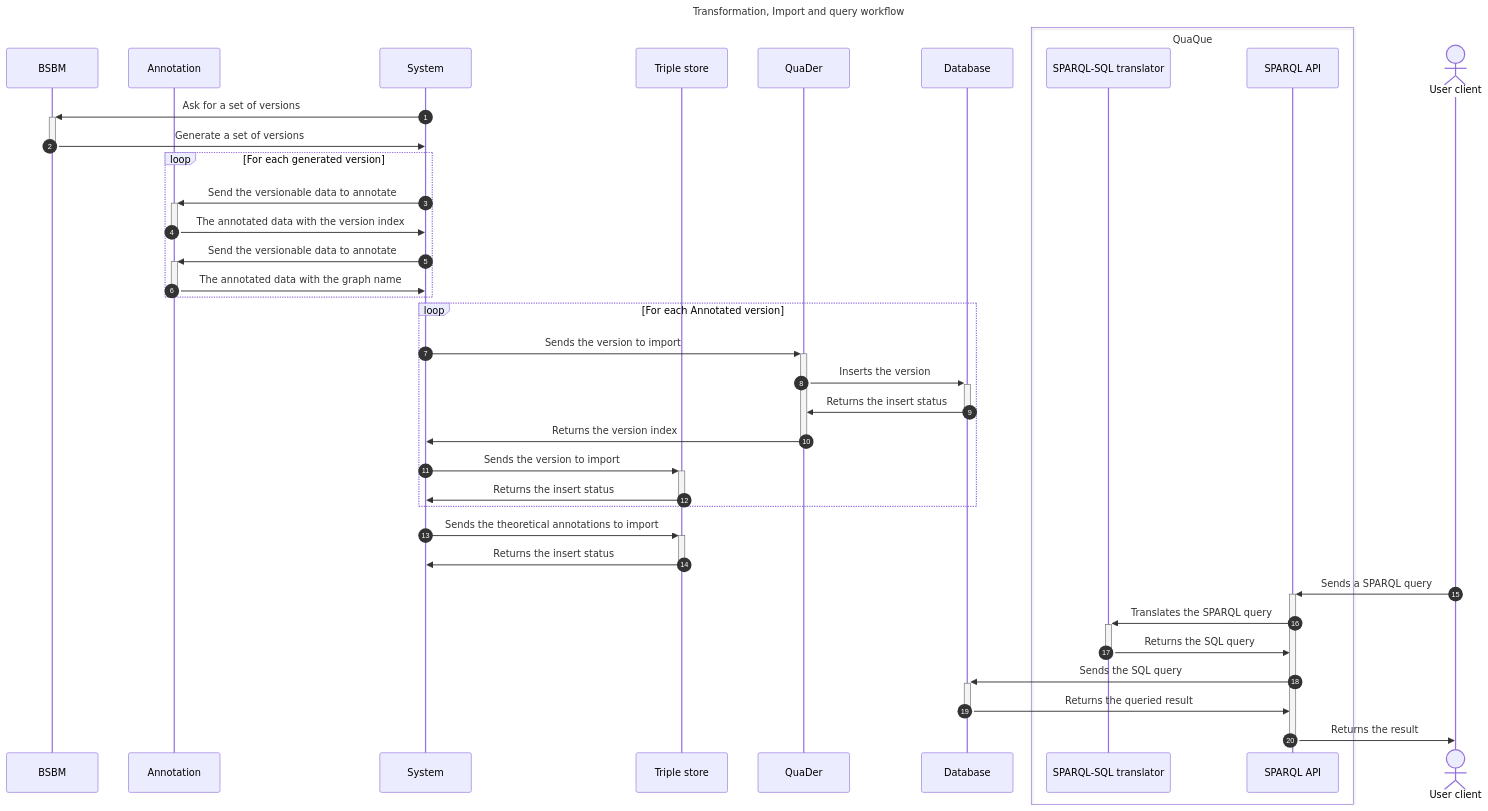
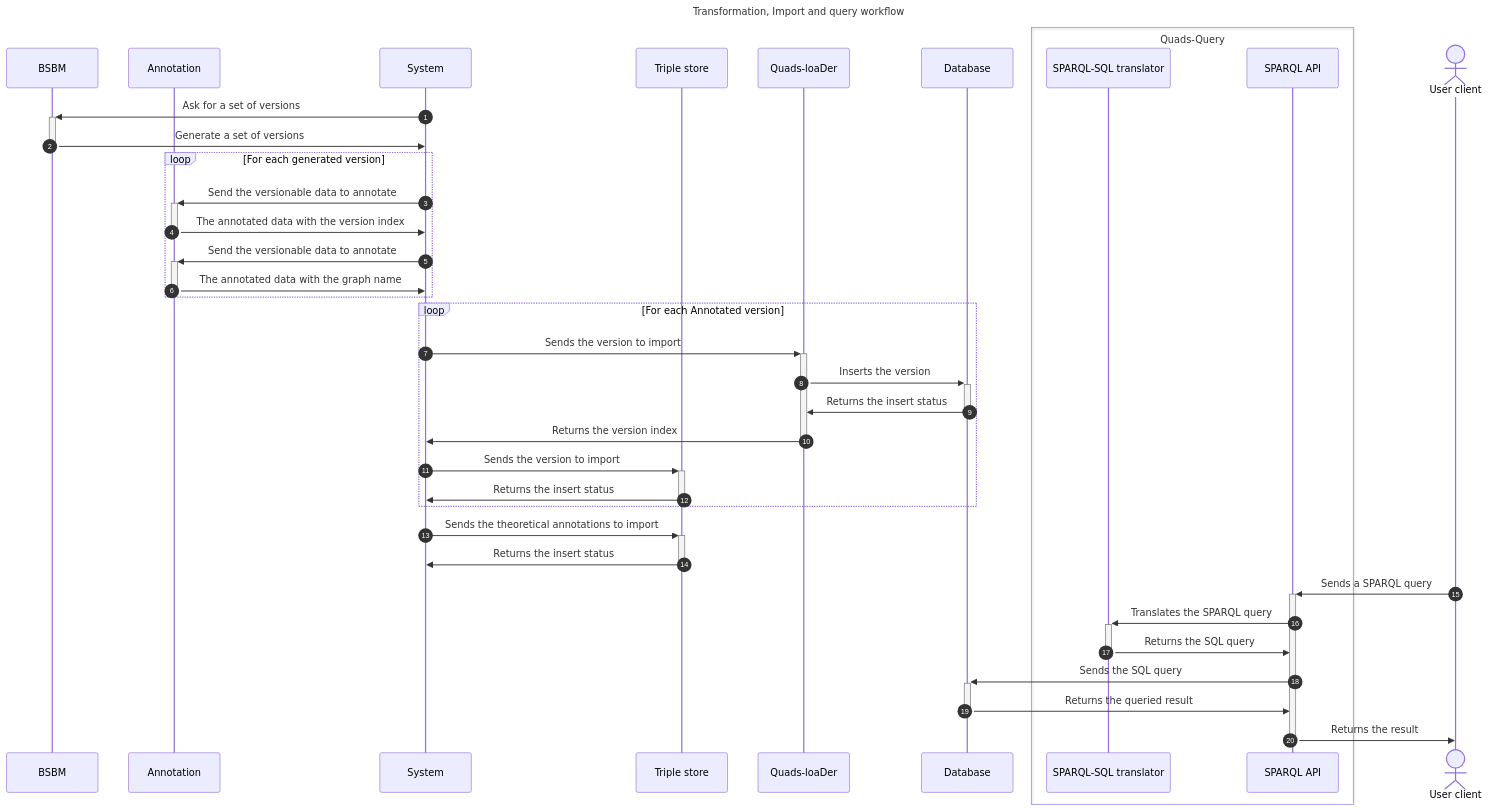
The diagram in docs/data-model.md (VCityTeam/ConVer-G), drawn with Mermaid before and after one commit. The commit also changed 3 other files, not shown here.

````diff
--- a/docs/data-model.md
+++ b/docs/data-model.md
@@ -6,47 +6,47 @@
 ```mermaid
 sequenceDiagram
     title Transformation, Import and query workflow
     autonumber
 
     participant BSBM
     participant Annotation
 
     System ->>+ BSBM: Ask for a set of versions
     BSBM ->>- System: Generate a set of versions
 
     loop For each generated version
         System ->>+ Annotation: Send the versionable data to annotate
         Annotation ->>- System: The annotated data with the version index
         System ->>+ Annotation: Send the versionable data to annotate
         Annotation ->>- System: The annotated data with the graph name
     end
     
     participant Triple store
 
     loop For each Annotated version
-        System ->>+ QuaDer: Sends the version to import
-        QuaDer ->>+ Database: Inserts the version
-        Database ->>- QuaDer: Returns the insert status
-        QuaDer ->>- System: Returns the version index
+        System ->>+ Quads-loaDer: Sends the version to import
+        Quads-loaDer ->>+ Database: Inserts the version
+        Database ->>- Quads-loaDer: Returns the insert status
+        Quads-loaDer ->>- System: Returns the version index
         
         System ->>+ Triple store: Sends the version to import
         Triple store ->>- System: Returns the insert status
     end
     
     System ->>+ Triple store: Sends the theoretical annotations to import
     Triple store ->>- System: Returns the insert status
     
-    box QuaQue
+    box Quads-Query
         participant SPARQL-SQL translator
         participant SPARQL API
     end
     
     actor User client
     
     User client ->>+ SPARQL API: Sends a SPARQL query
     SPARQL API ->>+ SPARQL-SQL translator: Translates the SPARQL query
     SPARQL-SQL translator ->>- SPARQL API: Returns the SQL query
     SPARQL API ->>+ Database: Sends the SQL query
     Database ->>- SPARQL API: Returns the queried result
     SPARQL API ->>- User client: Returns the result
 ```
````
